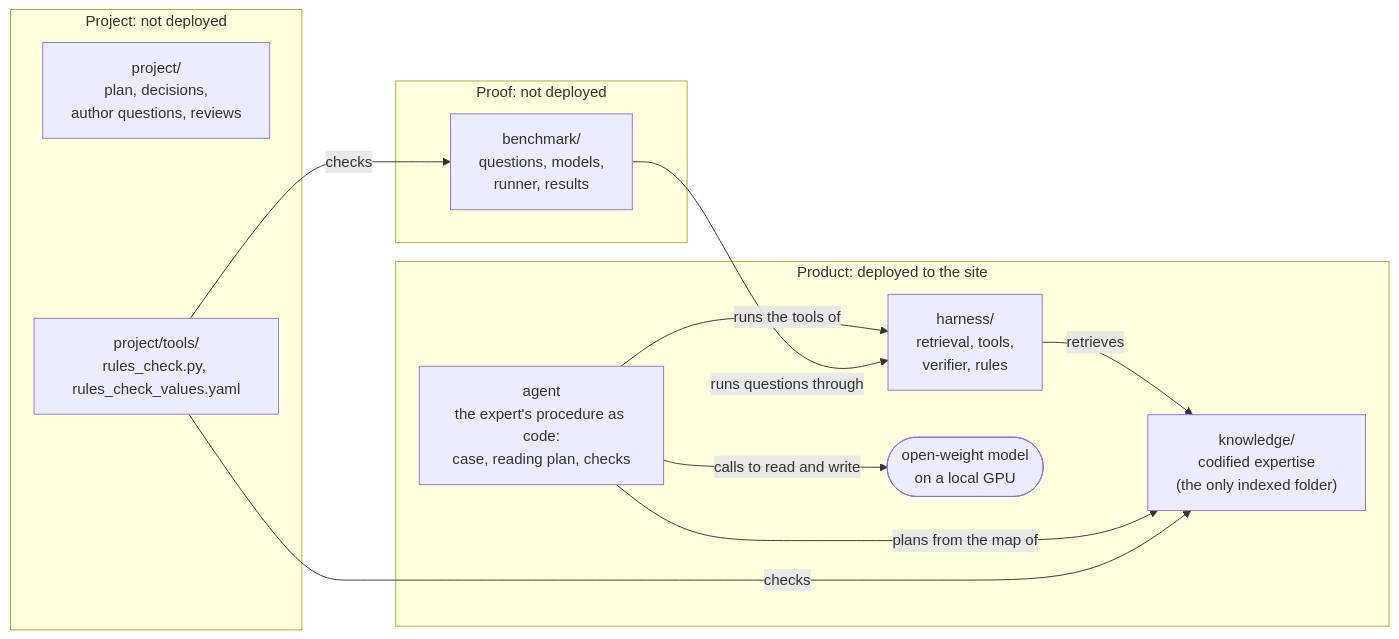
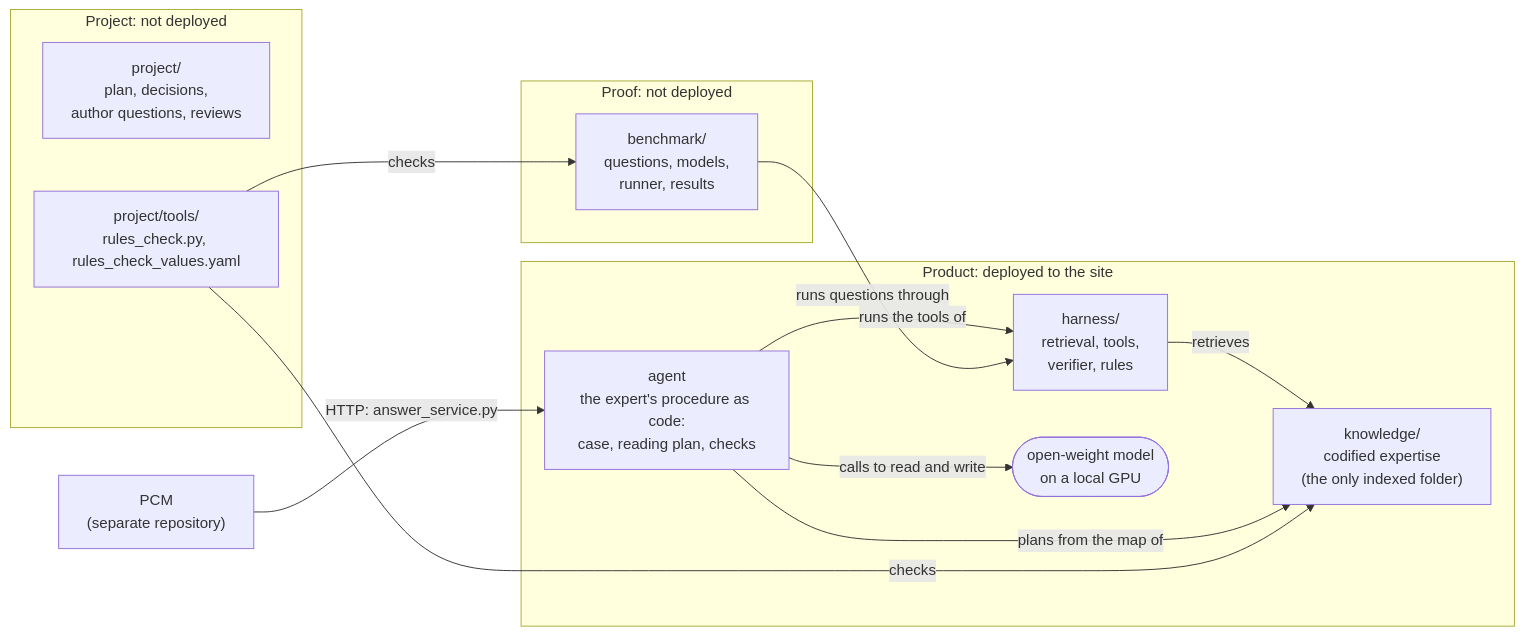
Before and after one commit to e1-rahabok/agent-e2: the second of 2 diagrams in ARCHITECTURE.md, drawn with Mermaid. The commit also changed other lines of this file and 1 other file, not shown here.

First line of the commit message:
Architecture: Agent E2 as an independent service inside PCM

````diff
--- a/ARCHITECTURE.md
+++ b/ARCHITECTURE.md
@@ -16,23 +53,24 @@
 ```mermaid
 flowchart LR
   subgraph Product["Product: deployed to the site"]
     K["knowledge/<br/>codified expertise<br/>(the only indexed folder)"]
     H["harness/<br/>retrieval, tools,<br/>verifier, rules"]
     A["agent<br/>the expert's procedure as code:<br/>case, reading plan, checks"]
     M(["open-weight model<br/>on a local GPU"])
     H -->|retrieves| K
     A -->|plans from the map of| K
     A -->|runs the tools of| H
     A -->|calls to read and write| M
   end
   subgraph Proof["Proof: not deployed"]
     B["benchmark/<br/>questions, models,<br/>runner, results"]
   end
   subgraph Project["Project: not deployed"]
     P["project/<br/>plan, decisions,<br/>author questions, reviews"]
     T["project/tools/<br/>rules_check.py, rules_check_values.yaml"]
   end
   B -->|runs questions through| H
   T -->|checks| K
   T -->|checks| B
+  PCM["PCM<br/>(separate repository)"] -->|HTTP: answer_service.py| A
 ```
````
